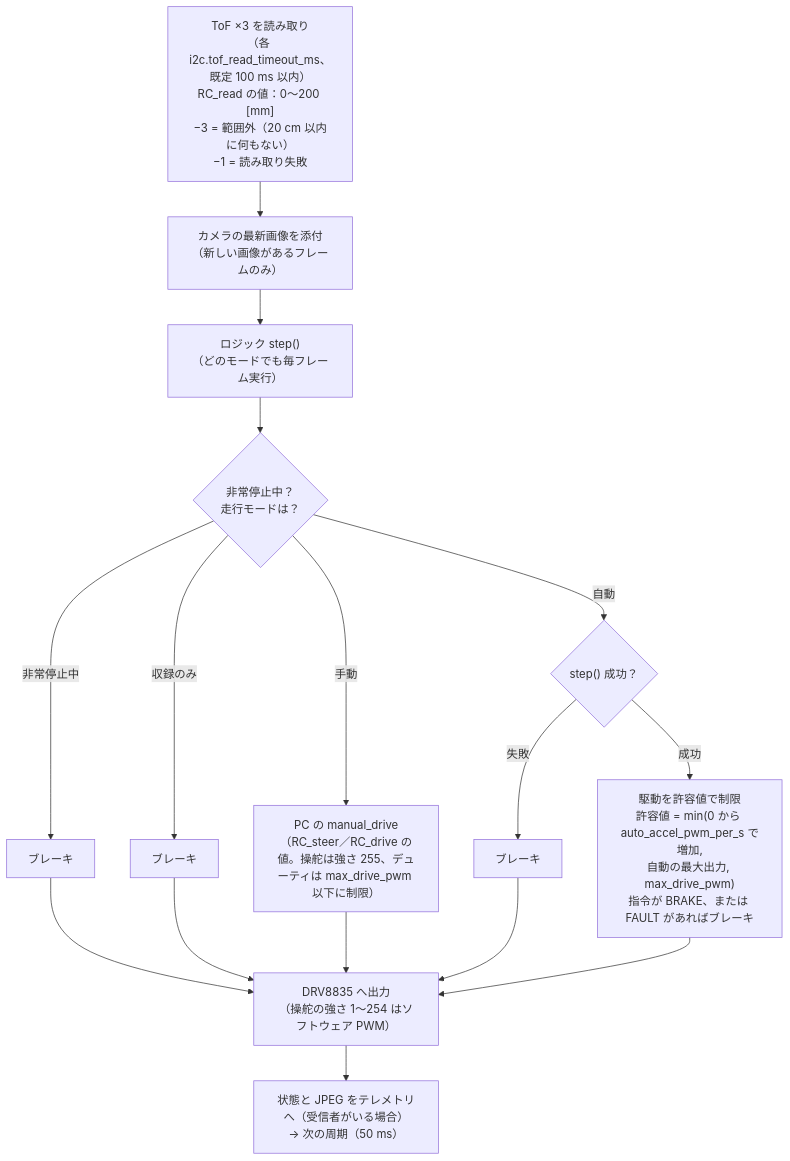
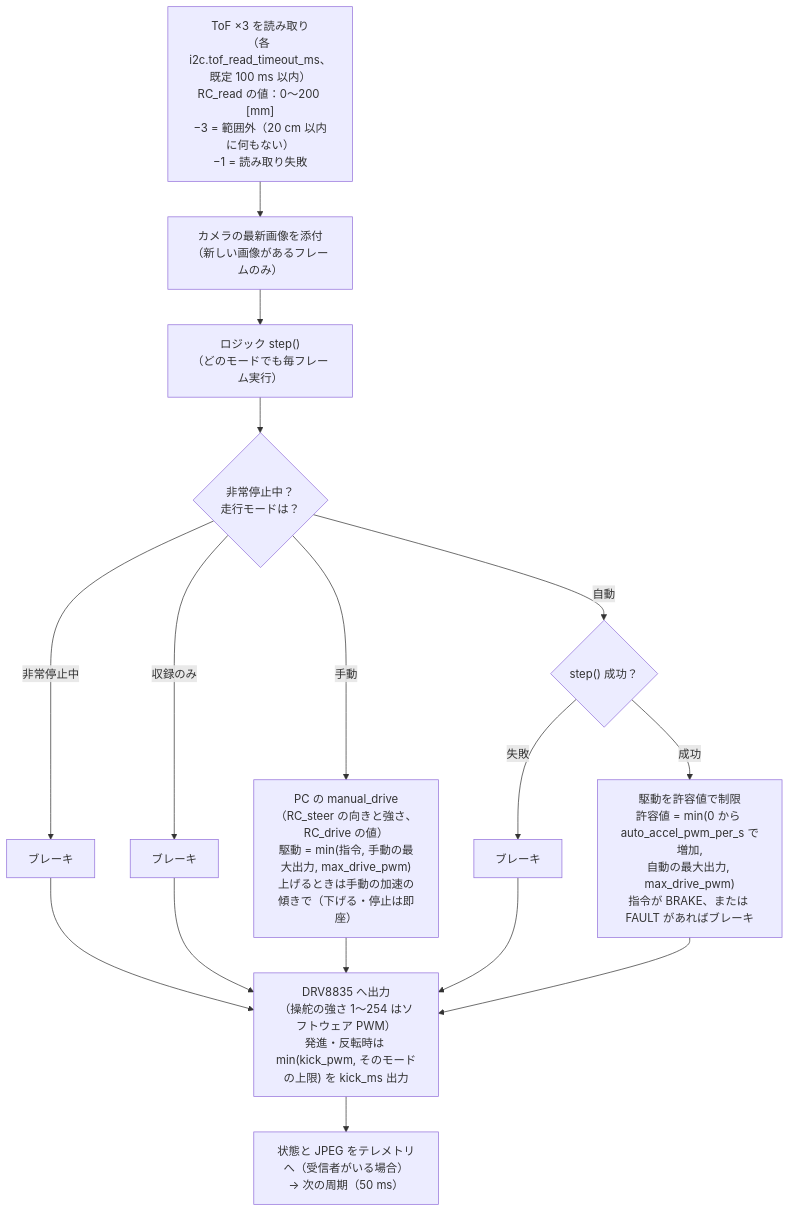
Before and after one commit to RumiCar-group/RumiCar-Zero2Cam: the diagram in docs/figures/ja/10-frame.mmd, drawn with Mermaid. The commit also changed 6 other files, not shown here.

First line of the commit message:
文書：README（日英）・仕様書 第20版・設計の記録 第22版、判断の優先順位の説明、図 2 の更新（0.6.0）

```diff
--- a/docs/figures/ja/10-frame.mmd
+++ b/docs/figures/ja/10-frame.mmd
@@ -1,16 +1,16 @@
 flowchart TD
     A["ToF ×3 を読み取り<br/>（各 i2c.tof_read_timeout_ms、既定 100 ms 以内）<br/>RC_read の値：0〜200 [mm]<br/>−3 = 範囲外（20 cm 以内に何もない）<br/>−1 = 読み取り失敗"] --> B["カメラの最新画像を添付<br/>（新しい画像があるフレームのみ）"]
     B --> C["ロジック step()<br/>（どのモードでも毎フレーム実行）"]
     C --> E{"非常停止中？<br/>走行モードは？"}
     E -->|"非常停止中"| B1["ブレーキ"]
     E -->|"収録のみ"| B2["ブレーキ"]
-    E -->|"手動"| H["PC の manual_drive<br/>（RC_steer／RC_drive の値。操舵は強さ 255、デューティは max_drive_pwm 以下に制限）"]
+    E -->|"手動"| H["PC の manual_drive<br/>（RC_steer の向きと強さ、RC_drive の値）<br/>駆動 = min(指令, 手動の最大出力, max_drive_pwm)<br/>上げるときは手動の加速の傾きで（下げる・停止は即座）"]
     E -->|"自動"| F{"step() 成功？"}
     F -->|"失敗"| B3["ブレーキ"]
     F -->|"成功"| G["駆動を許容値で制限<br/>許容値 = min(0 から auto_accel_pwm_per_s で増加,<br/>自動の最大出力, max_drive_pwm)<br/>指令が BRAKE、または FAULT があればブレーキ"]
-    B1 --> MO["DRV8835 へ出力<br/>（操舵の強さ 1〜254 はソフトウェア PWM）"]
+    B1 --> MO["DRV8835 へ出力<br/>（操舵の強さ 1〜254 はソフトウェア PWM）<br/>発進・反転時は min(kick_pwm, そのモードの上限) を kick_ms 出力"]
     B2 --> MO
     B3 --> MO
     H --> MO
     G --> MO
     MO --> T["状態と JPEG をテレメトリへ（受信者がいる場合）<br/>→ 次の周期（50 ms）"]
```
